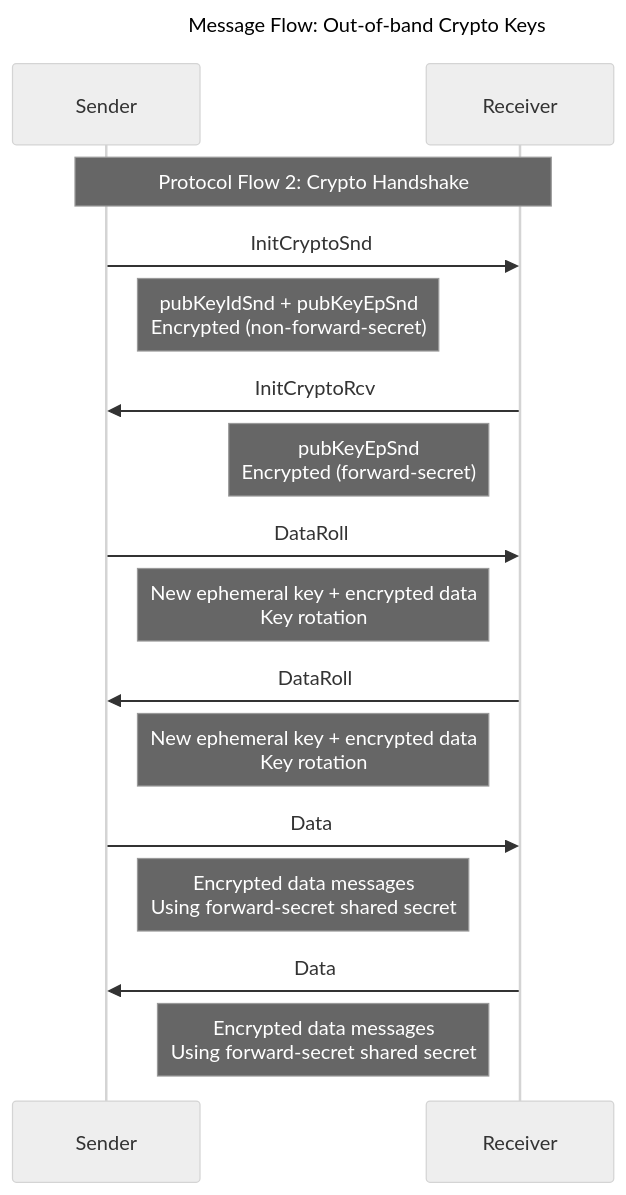
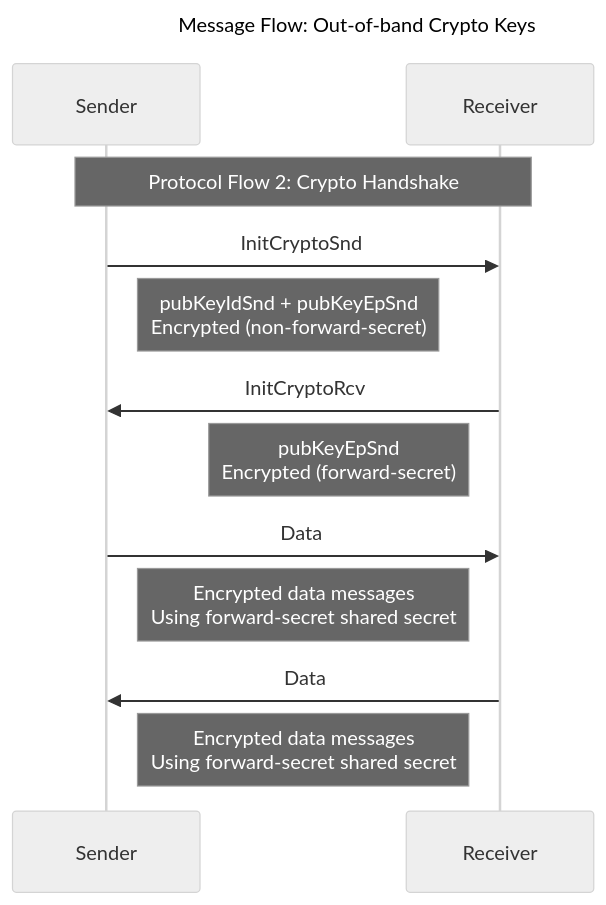
Before and after one commit to tbocek/qotp: the second of 15 diagrams in Readme.md, drawn with Mermaid (neutral theme). The commit also changed other lines of this file and 1 other file, not shown here.

````diff
--- a/Readme.md
+++ b/Readme.md
@@ -89,28 +83,22 @@
 ```mermaid
 ---
 title: "Message Flow: Out-of-band Crypto Keys"
 ---
 sequenceDiagram
     participant S as Sender
     participant R as Receiver
 
     Note over S,R: Protocol Flow 2: Crypto Handshake
     
     S->>R: InitCryptoSnd
     Note right of S: pubKeyIdSnd + pubKeyEpSnd<br/>Encrypted (non-forward-secret)
     
     R->>S: InitCryptoRcv
     Note left of R: pubKeyEpSnd<br/>Encrypted (forward-secret)
     
-    S->>R: DataRoll
-    Note right of S: New ephemeral key + encrypted data<br/>Key rotation
-    
-    R->>S: DataRoll
-    Note left of R: New ephemeral key + encrypted data<br/>Key rotation
-    
     S->>R: Data
     Note right of S: Encrypted data messages<br/>Using forward-secret shared secret
     
     R->>S: Data
     Note left of R: Encrypted data messages<br/>Using forward-secret shared secret
 ```
````
